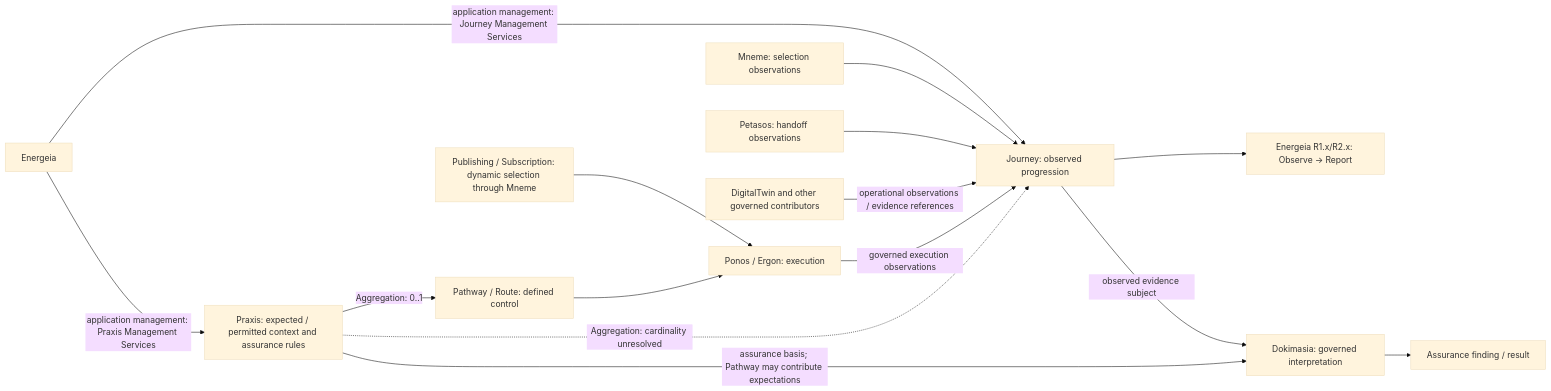
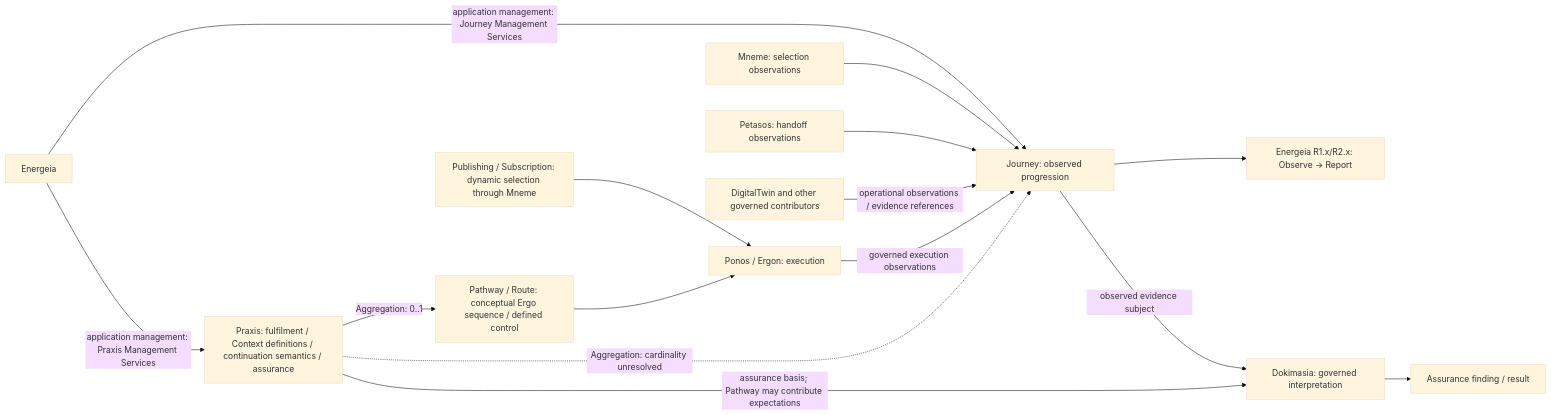
One commit to fhirfactory/harmonia changed the second of 2 diagrams in docs/markdown/05-information-systems-architecture/pathways-journeys-and-handoff.md. Above: the diagram before and after it, drawn with Mermaid (base theme). The commit also changed other lines of this file and 17 other files, not shown here.

Commit message:
Harmonia Documentation - Domain 05 - Step 1 Candidate Solution Architecture Capture (XII)

````diff
--- a/docs/markdown/05-information-systems-architecture/pathways-journeys-and-handoff.md
+++ b/docs/markdown/05-information-systems-architecture/pathways-journeys-and-handoff.md
@@ -347,17 +419,17 @@
 ```mermaid
 flowchart LR
-    Praxis["Praxis: expected / permitted context and assurance rules"] -->|Aggregation: 0..1| Path["Pathway / Route: defined control"]
+    Praxis["Praxis: fulfilment / Context definitions / continuation semantics / assurance"] -->|Aggregation: 0..1| Path["Pathway / Route: conceptual Ergo sequence / defined control"]
     Path --> Exec["Ponos / Ergon: execution"]
     Pub["Publishing / Subscription: dynamic selection through Mneme"] --> Exec
     Exec -->|governed execution observations| Journey["Journey: observed progression"]
     Mneme["Mneme: selection observations"] --> Journey
     Petasos["Petasos: handoff observations"] --> Journey
     Twin["DigitalTwin and other governed contributors"] -->|operational observations / evidence references| Journey
     Energeia["Energeia"] -->|application management: Journey Management Services| Journey
     Energeia -->|application management: Praxis Management Services| Praxis
     Praxis -.->|Aggregation: cardinality unresolved| Journey
     Journey --> Reporting["Energeia R1.x/R2.x: Observe → Report"]
     Journey -->|observed evidence subject| Assurance["Dokimasia: governed interpretation"]
     Praxis -->|assurance basis; Pathway may contribute expectations| Assurance
     Assurance --> Finding["Assurance finding / result"]
 ```
````
